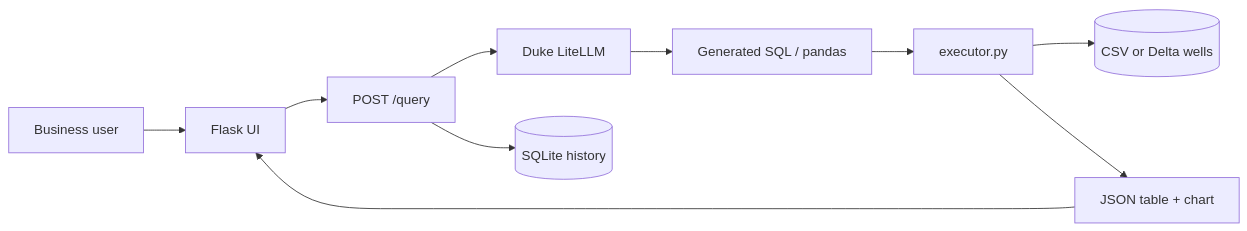
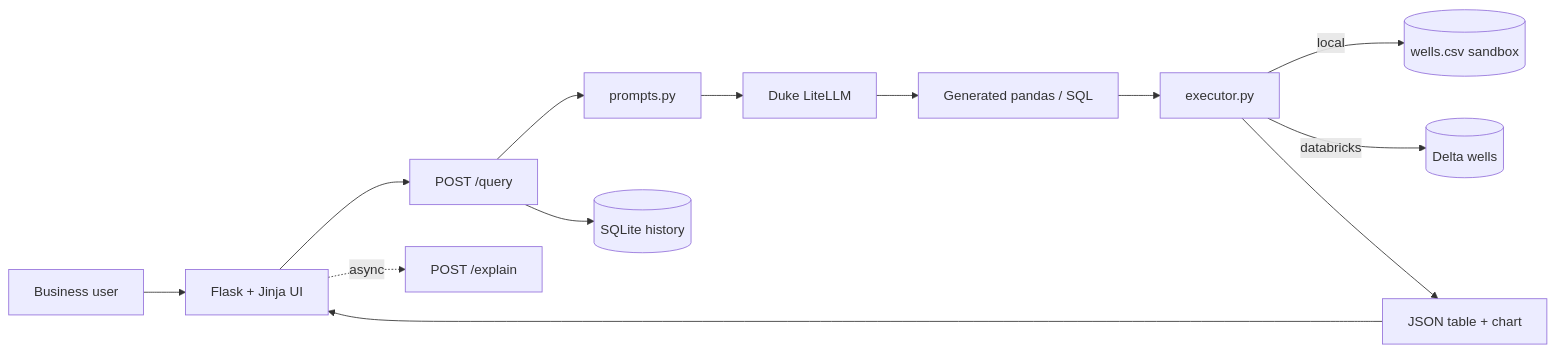
Before and after one commit to allkib/QueryMind: the diagram in README.md, drawn with Mermaid. The commit also changed other lines of this file and 12 other files, not shown here.

````diff
--- a/README.md
+++ b/README.md
@@ -20,12 +110,15 @@
 ```mermaid
 flowchart LR
-  User[Business user] --> UI[Flask UI]
+  User[Business user] --> UI[Flask + Jinja UI]
   UI --> API["POST /query"]
-  API --> LLM[Duke LiteLLM]
-  LLM --> Code[Generated SQL / pandas]
+  API --> Prompt[prompts.py]
+  Prompt --> LLM[Duke LiteLLM]
+  LLM --> Code[Generated pandas / SQL]
   Code --> Exec[executor.py]
-  Exec --> Data[(CSV or Delta wells)]
+  Exec -->|local| CSV[(wells.csv sandbox)]
+  Exec -->|databricks| Delta[(Delta wells)]
   Exec --> Result[JSON table + chart]
   Result --> UI
   API --> History[(SQLite history)]
+  UI -.async.-> Explain["POST /explain"]
 ```
````
